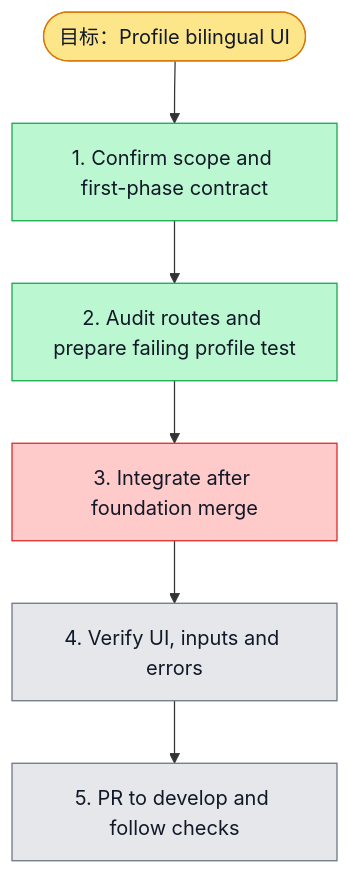
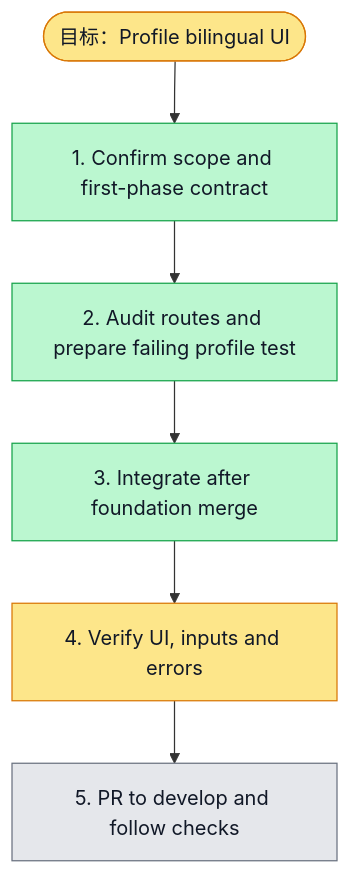
One commit to boardx/workspacex changed the diagram in docs/design/i18n-subpages/execution-plan.md. Above: the diagram before and after it, drawn with Mermaid. The commit also changed 11 other files, not shown here.

````diff
--- a/docs/design/i18n-subpages/execution-plan.md
+++ b/docs/design/i18n-subpages/execution-plan.md
@@ -17,25 +17,24 @@
 ```mermaid
 flowchart TD
   G([目标：Profile bilingual UI])
   S1[1. Confirm scope and first-phase contract]
   S2[2. Audit routes and prepare failing profile test]
   S3[3. Integrate after foundation merge]
   S4[4. Verify UI, inputs and errors]
   S5[5. PR to develop and follow checks]
 
   G --> S1 --> S2 --> S3 --> S4 --> S5
 
   classDef todo fill:#e5e7eb,stroke:#6b7280,color:#111827
   classDef doing fill:#fde68a,stroke:#d97706,color:#111827
   classDef done fill:#bbf7d0,stroke:#16a34a,color:#111827
   classDef tested fill:#ddd6fe,stroke:#7c3aed,color:#111827
   classDef blocked fill:#fecaca,stroke:#dc2626,color:#111827
 
   class G doing
   class S1 done
   class S2 done
-  class S3 blocked
-  %% blocked S3: depends on foundation issue #6134 merge into develop; module resources prepared
-  class S4 todo
+  class S3 done
+  class S4 doing
   class S5 todo
 ```
````
